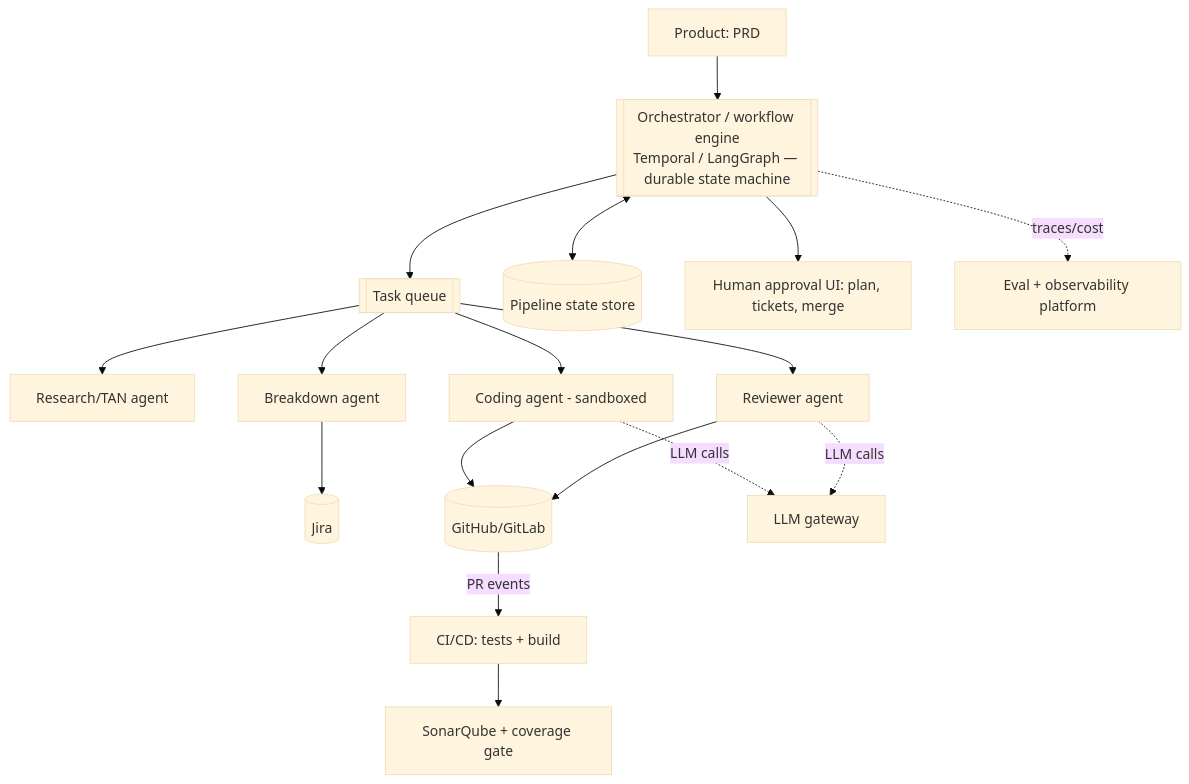
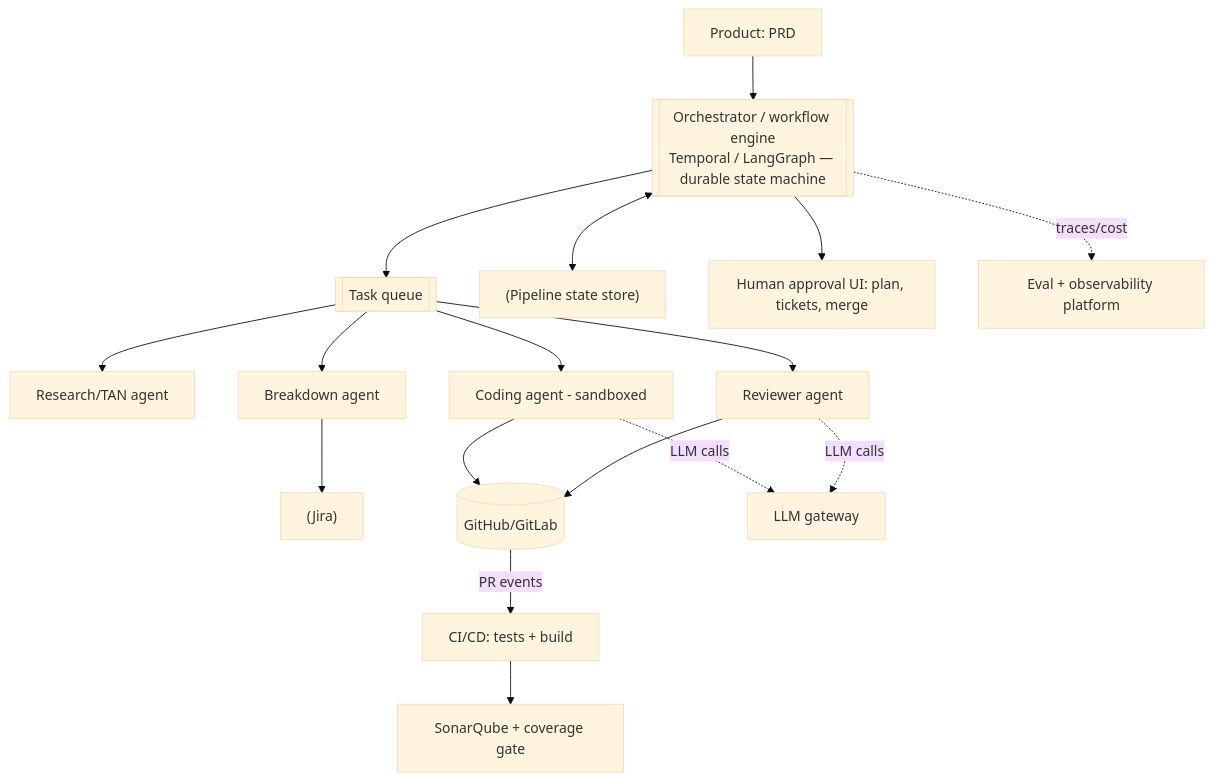
Before and after one commit to pankajThakur1874/studysheet: the fourth of 4 diagrams in files/System-Design-Questions/43-autonomous_engineering_pipeline_system_design.md, drawn with Mermaid (base theme). The commit also changed other lines of this file and 78 other files, not shown here.

````diff
--- a/files/System-Design-Questions/43-autonomous_engineering_pipeline_system_design.md
+++ b/files/System-Design-Questions/43-autonomous_engineering_pipeline_system_design.md
@@ -164,15 +164,15 @@
 ```mermaid
 flowchart TD
-    P[Product: PRD] --> ORCH[[Orchestrator / workflow engine<br/>Temporal / LangGraph — durable state machine]]
+    P["Product: PRD"] --> ORCH[["Orchestrator / workflow engine<br/>Temporal / LangGraph — durable state machine"]]
     ORCH --> Q[[Task queue]]
-    Q --> AR[Research/TAN agent]
-    Q --> AB[Breakdown agent] --> Jira[(Jira)]
-    Q --> AC[Coding agent - sandboxed] --> Git[(GitHub/GitLab)]
+    Q --> AR["Research/TAN agent"]
+    Q --> AB[Breakdown agent] --> Jira["(Jira)"]
+    Q --> AC[Coding agent - sandboxed] --> Git[("GitHub/GitLab")]
     Q --> AV[Reviewer agent] --> Git
-    Git -->|PR events| CI[CI/CD: tests + build]
-    CI --> Sonar[SonarQube + coverage gate]
-    ORCH <--> State[(Pipeline state store)]
-    ORCH --> Human[Human approval UI: plan, tickets, merge]
-    ORCH -.traces/cost.-> Obs[Eval + observability platform]
+    Git -->|PR events| CI["CI/CD: tests + build"]
+    CI --> Sonar["SonarQube + coverage gate"]
+    ORCH <--> State["(Pipeline state store)"]
+    ORCH --> Human["Human approval UI: plan, tickets, merge"]
+    ORCH -.traces/cost.-> Obs["Eval + observability platform"]
     AC & AV -.LLM calls.-> GW[LLM gateway]
 ```
````
